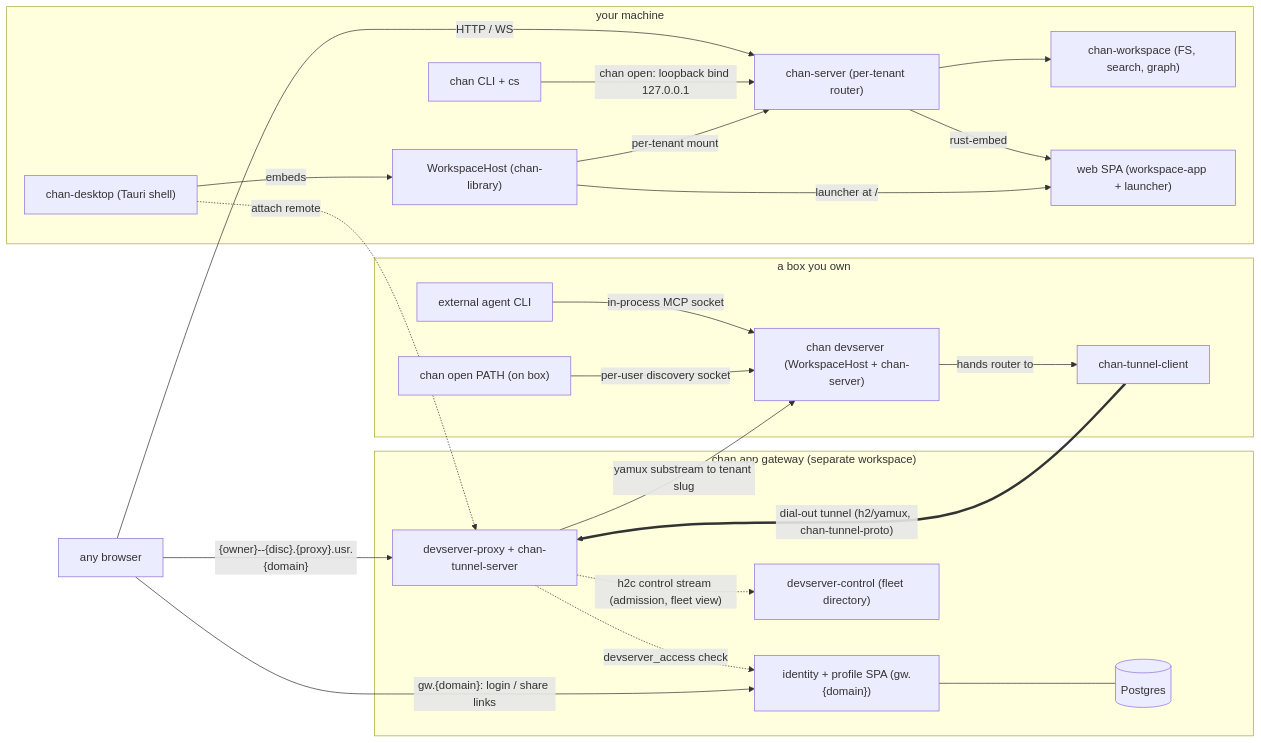
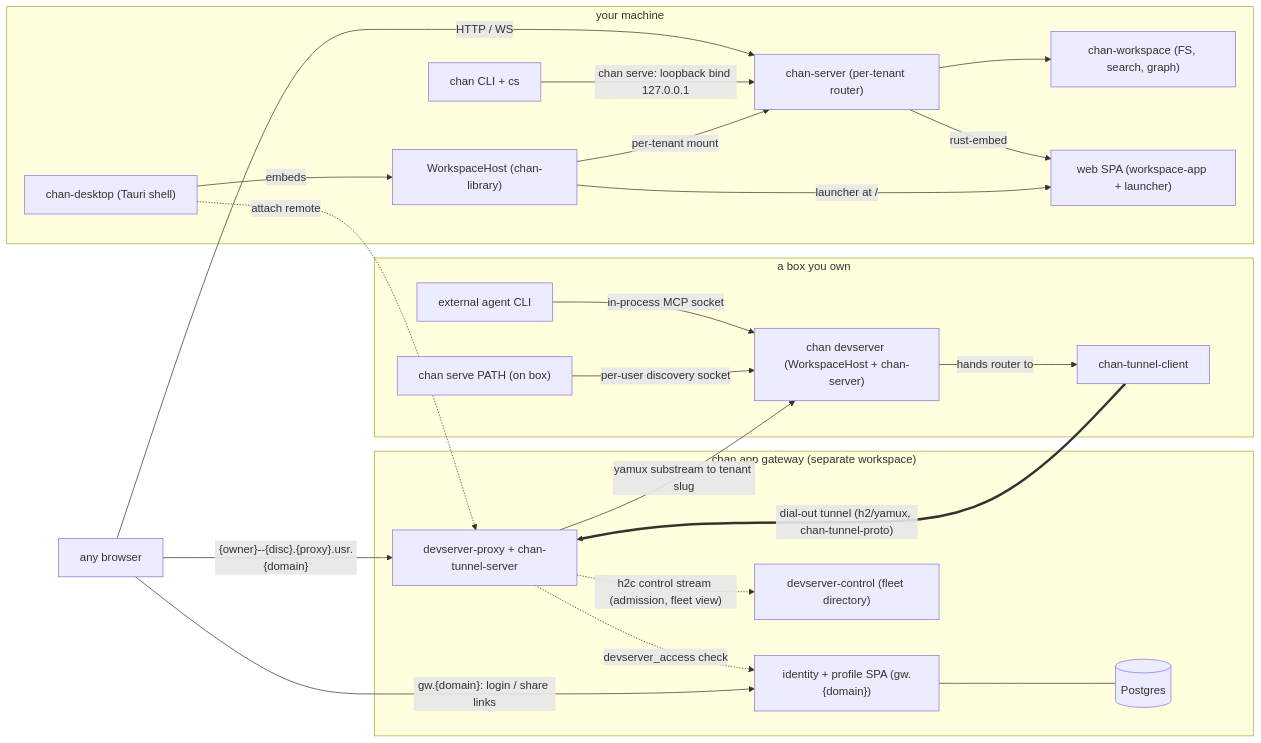
The first of 2 diagrams in design.md (fiorix/chan), drawn with Mermaid before and after one commit. The commit also changed other lines of this file and 118 other files, not shown here.

````diff
--- a/design.md
+++ b/design.md
@@ -22,48 +22,48 @@
 ```mermaid
 flowchart LR
   Browser["any browser"]
 
   subgraph Machine["your machine"]
     Cli["chan CLI + cs"]
     Desktop["chan-desktop (Tauri shell)"]
     Host["WorkspaceHost (chan-library)"]
     Server["chan-server (per-tenant router)"]
     Core["chan-workspace (FS, search, graph)"]
     Spa["web SPA (workspace-app + launcher)"]
   end
 
   subgraph Box["a box you own"]
-    BoxCli["chan open PATH (on box)"]
+    BoxCli["chan serve PATH (on box)"]
     Dev["chan devserver (WorkspaceHost + chan-server)"]
     Agent["external agent CLI"]
     TunC["chan-tunnel-client"]
   end
 
   subgraph Cloud["chan.app gateway (separate workspace)"]
     Identity["identity + profile SPA (gw.{domain})"]
     Pg[("Postgres")]
     Proxy["devserver-proxy + chan-tunnel-server"]
     Ctl["devserver-control (fleet directory)"]
   end
 
   Desktop -->|"embeds"| Host
   Host -->|"per-tenant mount"| Server
   Host -->|"launcher at /"| Spa
   Server --> Core
   Server -->|"rust-embed"| Spa
-  Cli -->|"chan open: loopback bind 127.0.0.1"| Server
+  Cli -->|"chan serve: loopback bind 127.0.0.1"| Server
   Browser -->|"HTTP / WS"| Server
 
   BoxCli -->|"per-user discovery socket"| Dev
   Agent -->|"in-process MCP socket"| Dev
   Dev -->|"hands router to"| TunC
   TunC ==>|"dial-out tunnel (h2/yamux, chan-tunnel-proto)"| Proxy
   Proxy -->|"yamux substream to tenant slug"| Dev
 
   Browser -->|"{owner}--{disc}.{proxy}.usr.{domain}"| Proxy
   Browser -->|"gw.{domain}: login / share links"| Identity
   Identity --- Pg
   Proxy -.->|"devserver_access check"| Identity
   Proxy -.->|"h2c control stream (admission, fleet view)"| Ctl
   Desktop -.->|"attach remote"| Proxy
 ```
````
